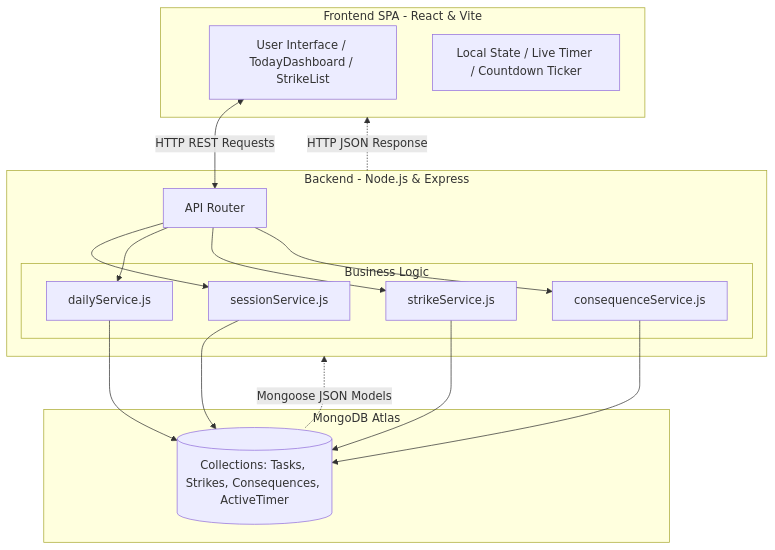
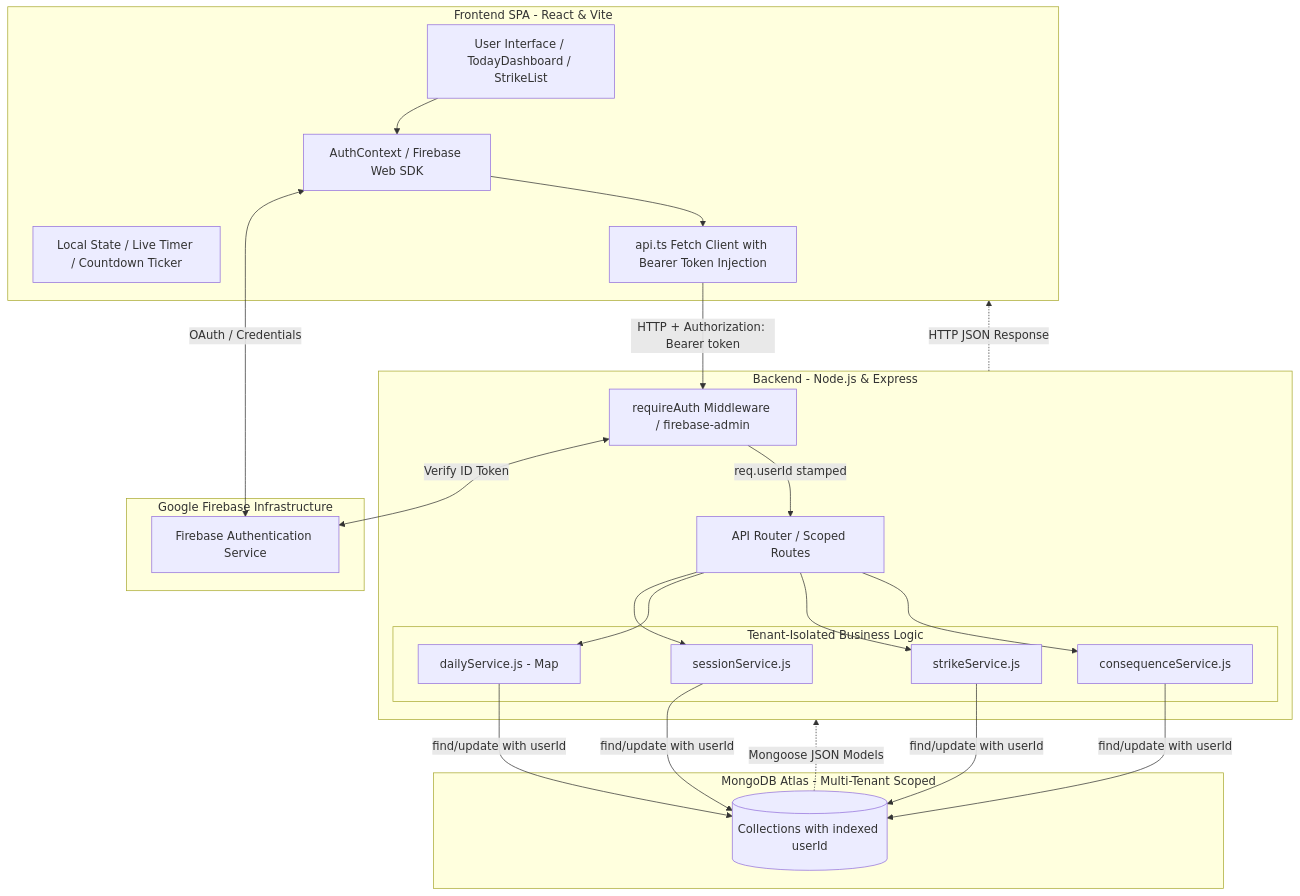
Before and after one commit to sudhanshu-SID/Get-It-Done: the first of 7 diagrams in notes.md, drawn with Mermaid. The commit also changed other lines of this file and 3 other files, not shown here.

Commit message:
docs: document multi-user authentication, multi-tenancy architecture, and dashboard refinements

````diff
--- a/notes.md
+++ b/notes.md
@@ -158,33 +205,45 @@
 ```mermaid
 flowchart TD
     subgraph Client [Frontend SPA - React & Vite]
         UI[User Interface / TodayDashboard / StrikeList]
+        AuthCtx[AuthContext / Firebase Web SDK]
         State[Local State / Live Timer / Countdown Ticker]
+        APIClient[api.ts Fetch Client with Bearer Token Injection]
+    end
+
+    subgraph AuthProvider [Google Firebase Infrastructure]
+        FirebaseAuth[Firebase Authentication Service]
     end
 
     subgraph Server [Backend - Node.js & Express]
-        Router[API Router]
-        subgraph Services [Business Logic]
+        AuthMW[requireAuth Middleware / firebase-admin]
+        Router[API Router / Scoped Routes]
+        subgraph Services [Tenant-Isolated Business Logic]
             SessionSvc[sessionService.js]
-            DailySvc[dailyService.js]
+            DailySvc[dailyService.js - Map<userId, date>]
             StrikeSvc[strikeService.js]
             ConsequenceSvc[consequenceService.js]
         end
     end
 
-    subgraph Database [MongoDB Atlas]
-        DB[(Collections: Tasks, Strikes, Consequences, ActiveTimer)]
+    subgraph Database [MongoDB Atlas - Multi-Tenant Scoped]
+        DB[(Collections with indexed userId)]
     end
 
-    UI <-->|HTTP REST Requests| Router
+    UI --> AuthCtx
+    AuthCtx <-->|OAuth / Credentials| FirebaseAuth
+    AuthCtx --> APIClient
+    APIClient -->|HTTP + Authorization: Bearer token| AuthMW
+    AuthMW <-->|Verify ID Token| FirebaseAuth
+    AuthMW -->|req.userId stamped| Router
     Router --> SessionSvc
     Router --> DailySvc
     Router --> StrikeSvc
     Router --> ConsequenceSvc
-    SessionSvc --> DB
-    DailySvc --> DB
-    StrikeSvc --> DB
-    ConsequenceSvc --> DB
+    SessionSvc -->|find/update with userId| DB
+    DailySvc -->|find/update with userId| DB
+    StrikeSvc -->|find/update with userId| DB
+    ConsequenceSvc -->|find/update with userId| DB
     DB -.->|Mongoose JSON Models| Server
     Server -.->|HTTP JSON Response| Client
 ```
````
